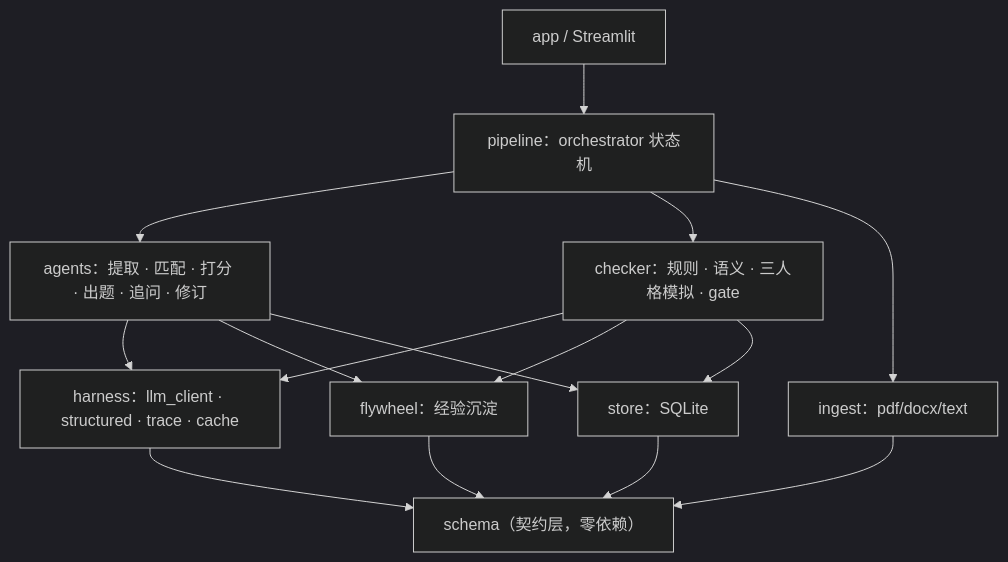
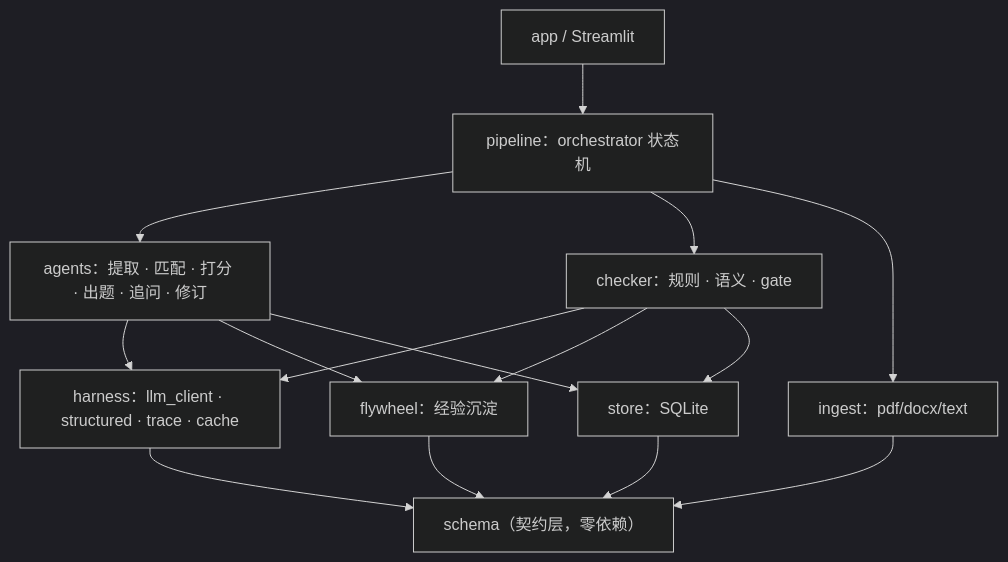
The second of 2 diagrams in README.md (1367877593-ops/resume-screening-agent), drawn with Mermaid (dark theme) before and after one commit. The commit also changed other lines of this file and 51 other files, not shown here.

````diff
--- a/README.md
+++ b/README.md
@@ -138,27 +135,27 @@
 ```mermaid
 graph TD
     APP["app / Streamlit"]
     PIPE["pipeline：orchestrator 状态机"]
     AG["agents：提取 · 匹配 · 打分 · 出题 · 追问 · 修订"]
-    CK["checker：规则 · 语义 · 三人格模拟 · gate"]
+    CK["checker：规则 · 语义 · gate"]
     HN["harness：llm_client · structured · trace · cache"]
     ST["store：SQLite"]
     IN["ingest：pdf/docx/text"]
     FW["flywheel：经验沉淀"]
     SC["schema（契约层，零依赖）"]
 
     APP --> PIPE
     PIPE --> AG
     PIPE --> CK
     PIPE --> IN
     AG --> HN
     CK --> HN
     AG --> FW
     CK --> FW
     AG --> ST
     CK --> ST
     HN --> SC
     ST --> SC
     IN --> SC
     FW --> SC
 ```
````
